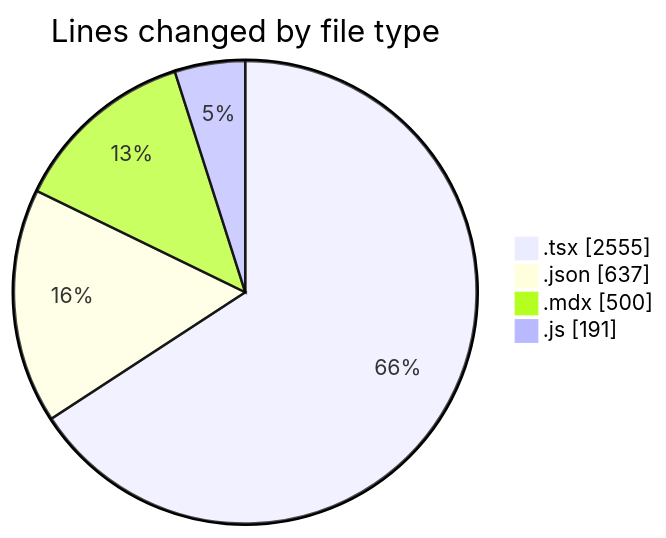
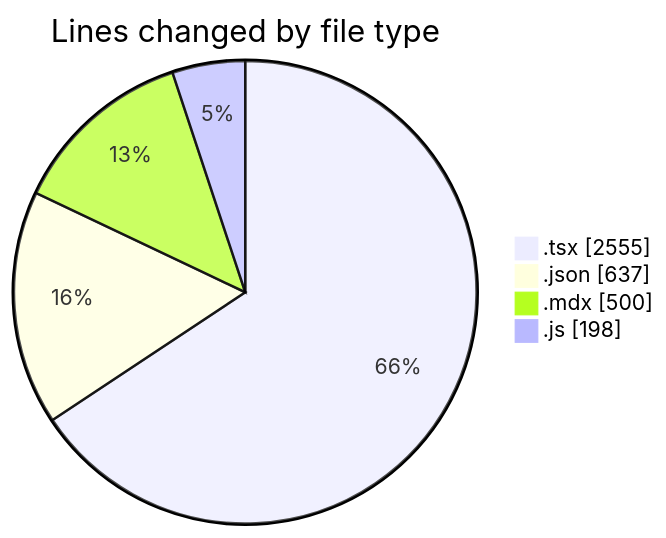
Before and after one commit to momahboobian/code-tracking: the first of 2 diagrams in 2026-01-12/cda/README.md, drawn with Mermaid. The commit also changed other lines of this file and 1 other file, not shown here.

````diff
--- a/2026-01-12/cda/README.md
+++ b/2026-01-12/cda/README.md
@@ -27,8 +27,8 @@
 ```mermaid
 pie showData
 title Lines changed by file type
 ".tsx" : 2555
 ".json" : 637
 ".mdx" : 500
-".js" : 191
+".js" : 198
 ```
````
